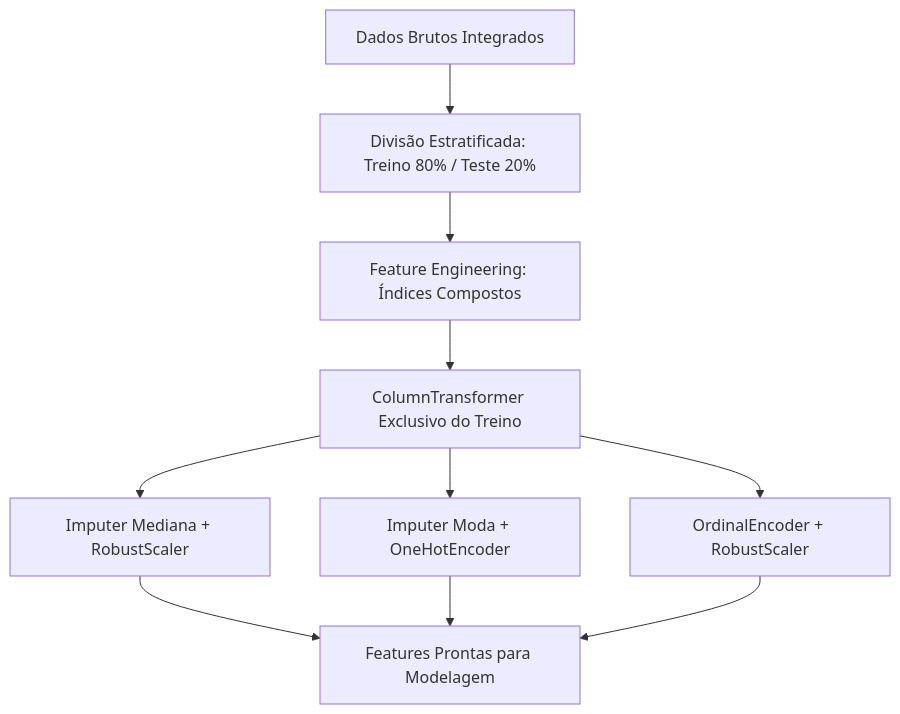
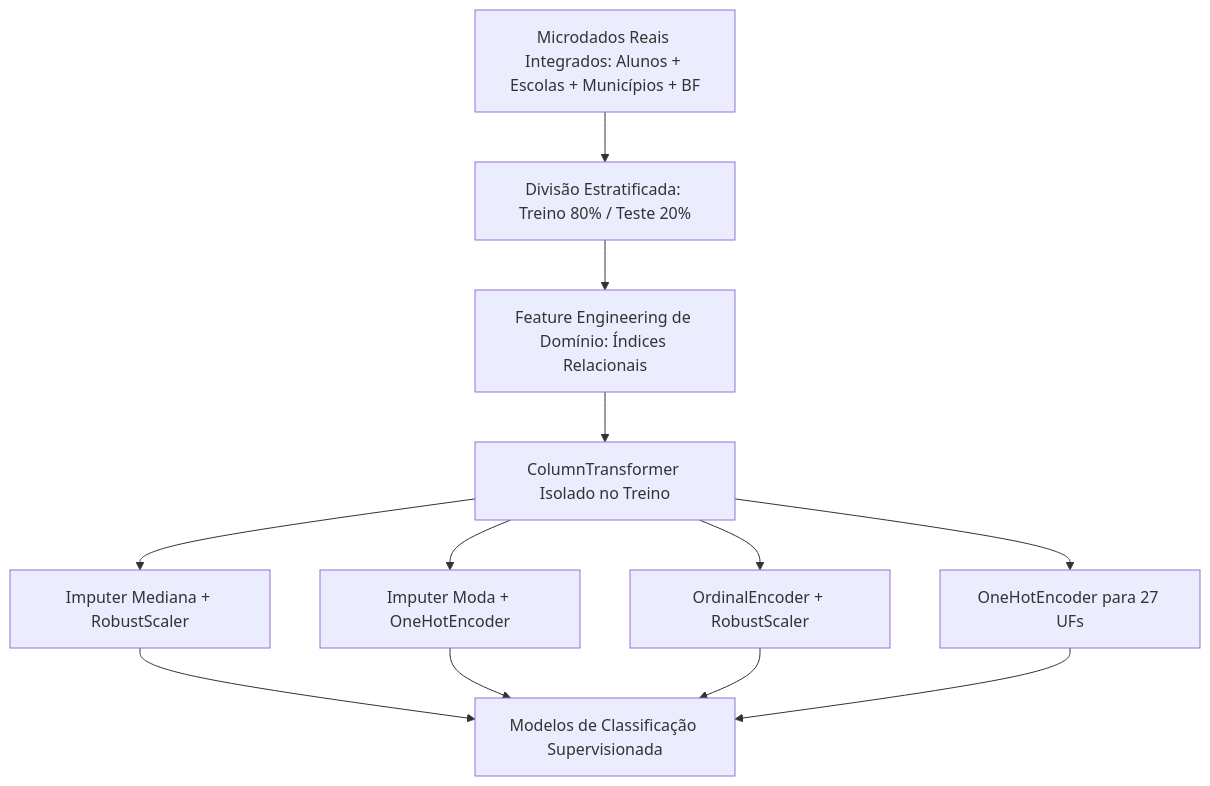
One commit to PedroCardoso11/tech_chellenger_alfabetizacao changed the diagram in README.md. Above: the diagram before and after it, drawn with Mermaid. The commit also changed other lines of this file and 2 other files, not shown here.

Commit message:
docs(readme): atualizar documentacao com resultados 100% reais, links visuais e helper para notebooks

````diff
--- a/README.md
+++ b/README.md
@@ -48,10 +53,11 @@
 ```mermaid
 flowchart TD
-    Raw[Dados Brutos Integrados] --> Split[Divisão Estratificada: Treino 80% / Teste 20%]
-    Split --> FE[Feature Engineering: Índices Compostos]
-    FE --> CT[ColumnTransformer Exclusivo do Treino]
+    Raw[Microdados Reais Integrados: Alunos + Escolas + Municípios + BF] --> Split[Divisão Estratificada: Treino 80% / Teste 20%]
+    Split --> FE[Feature Engineering de Domínio: Índices Relacionais]
+    FE --> CT[ColumnTransformer Isolado no Treino]
     CT --> Num[Imputer Mediana + RobustScaler]
     CT --> Nom[Imputer Moda + OneHotEncoder]
     CT --> Ord[OrdinalEncoder + RobustScaler]
-    Num & Nom & Ord --> Transformed[Features Prontas para Modelagem]
+    CT --> High[OneHotEncoder para 27 UFs]
+    Num & Nom & Ord & High --> Model[Modelos de Classificação Supervisionada]
 ```
````
